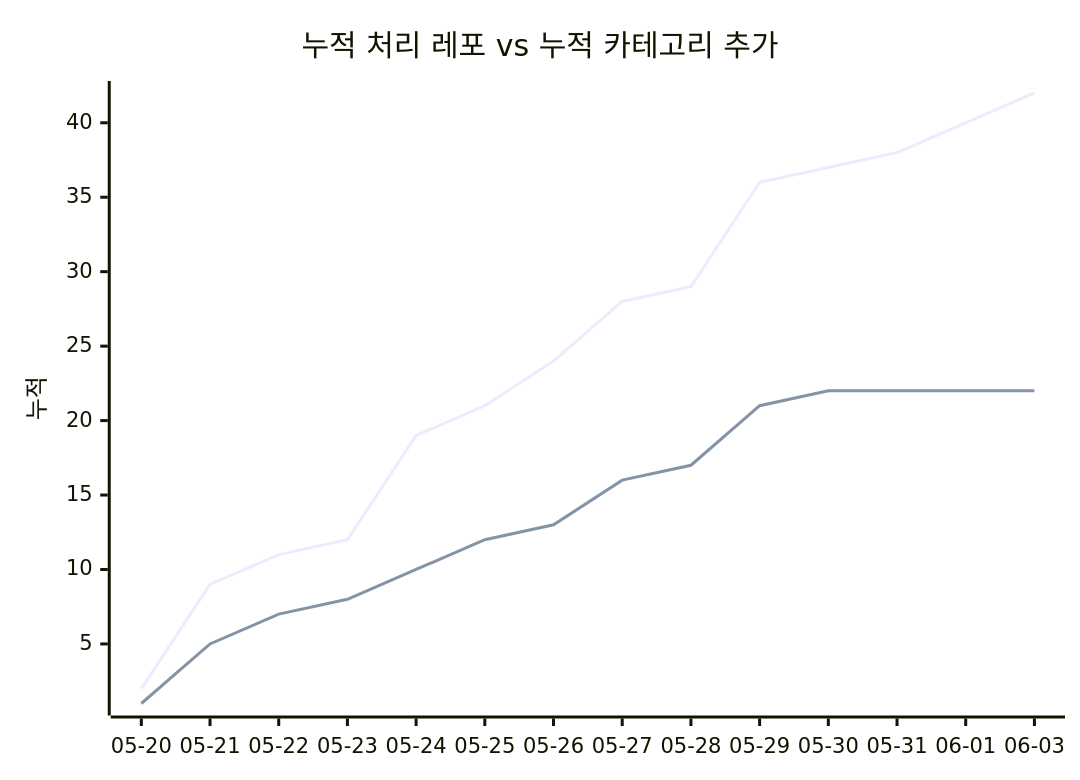
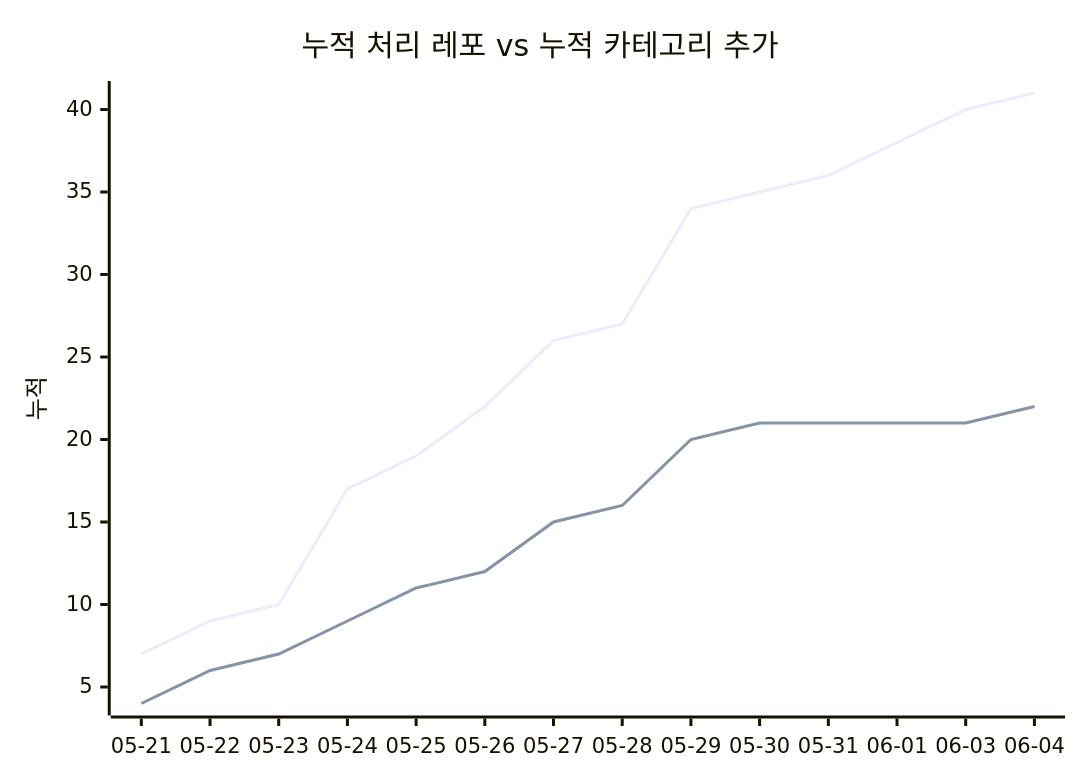
One commit to J-nowcow/awesome-korean-agent-skills changed the second of 2 diagrams in docs/trends.md. Above: the diagram before and after it, drawn with Mermaid. The commit also changed other lines of this file and 4 other files, not shown here.

````diff
--- a/docs/trends.md
+++ b/docs/trends.md
@@ -68,8 +68,8 @@
 ```mermaid
 xychart-beta
     title "누적 처리 레포 vs 누적 카테고리 추가"
-    x-axis ["05-20","05-21","05-22","05-23","05-24","05-25","05-26","05-27","05-28","05-29","05-30","05-31","06-01","06-03"]
+    x-axis ["05-21","05-22","05-23","05-24","05-25","05-26","05-27","05-28","05-29","05-30","05-31","06-01","06-03","06-04"]
     y-axis "누적"
-    line [2,9,11,12,19,21,24,28,29,36,37,38,40,42]
-    line [1,5,7,8,10,12,13,16,17,21,22,22,22,22]
+    line [7,9,10,17,19,22,26,27,34,35,36,38,40,41]
+    line [4,6,7,9,11,12,15,16,20,21,21,21,21,22]
 ```
````
